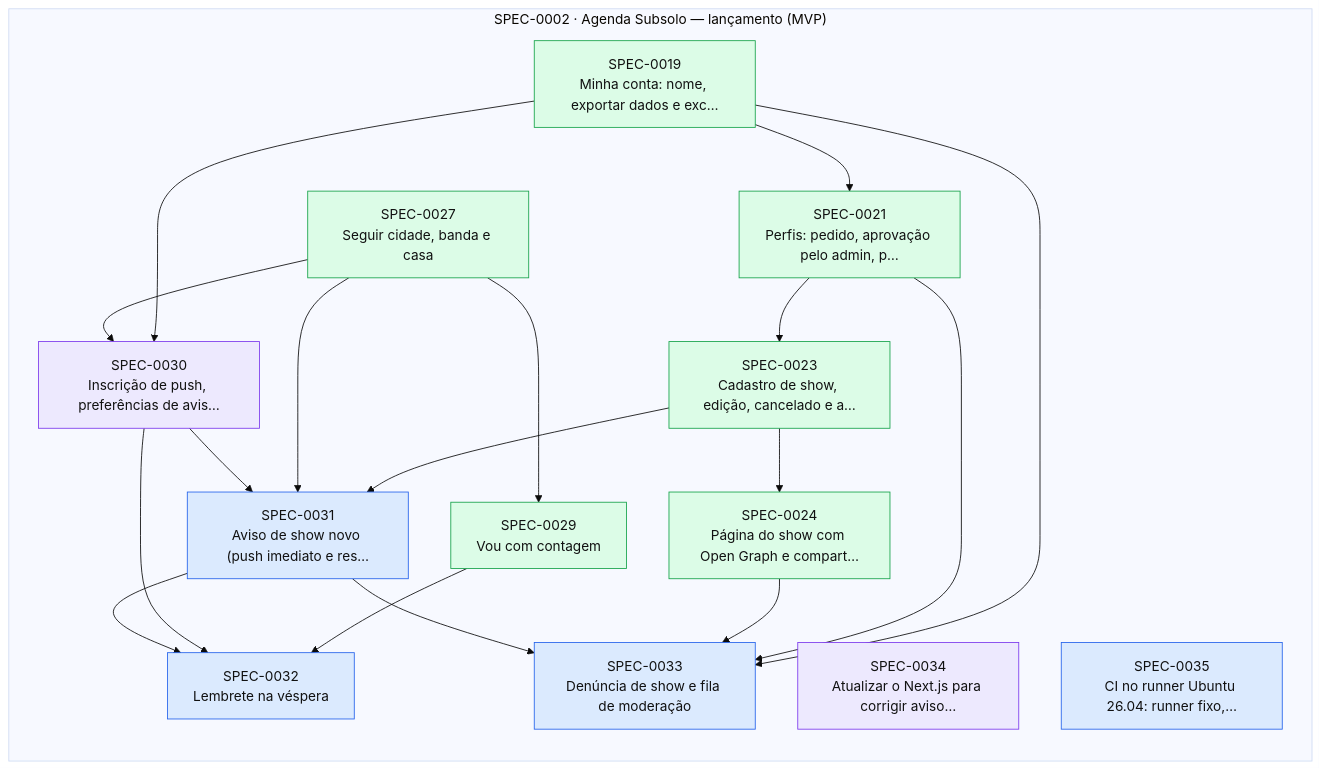
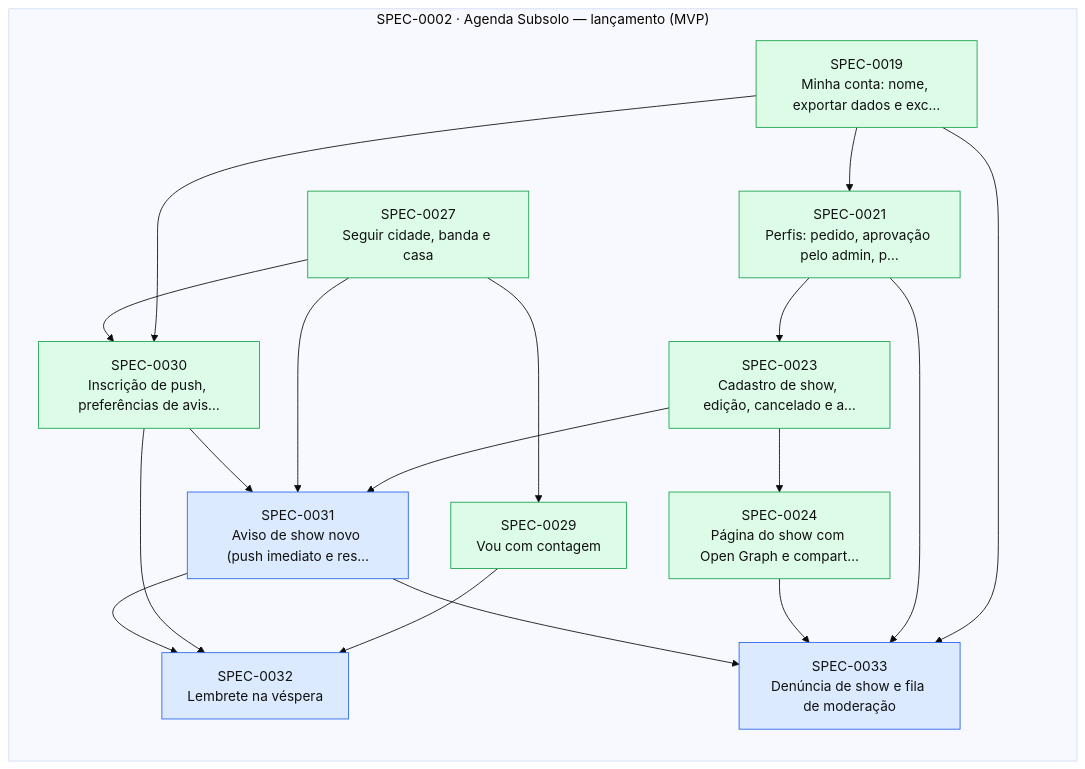
The diagram in docs/specs/INDEX.md (thomasravache/subsolo), drawn with Mermaid (base theme) before and after one commit. The commit also changed other lines of this file and 5 other files, not shown here.

````diff
--- a/docs/specs/INDEX.md
+++ b/docs/specs/INDEX.md
@@ -71,38 +68,36 @@
 ```mermaid
 flowchart LR
   subgraph E0002["SPEC-0002 · Agenda Subsolo — lançamento (MVP)"]
     S0019["SPEC-0019<br/>Minha conta: nome, exportar dados e exc…"]:::implemented
     S0021["SPEC-0021<br/>Perfis: pedido, aprovação pelo admin, p…"]:::implemented
     S0023["SPEC-0023<br/>Cadastro de show, edição, cancelado e a…"]:::implemented
     S0024["SPEC-0024<br/>Página do show com Open Graph e compart…"]:::implemented
     S0027["SPEC-0027<br/>Seguir cidade, banda e casa"]:::implemented
     S0029["SPEC-0029<br/>Vou com contagem"]:::implemented
-    S0030["SPEC-0030<br/>Inscrição de push, preferências de avis…"]:::inprogress
+    S0030["SPEC-0030<br/>Inscrição de push, preferências de avis…"]:::implemented
     S0031["SPEC-0031<br/>Aviso de show novo (push imediato e res…"]:::approved
     S0032["SPEC-0032<br/>Lembrete na véspera"]:::approved
     S0033["SPEC-0033<br/>Denúncia de show e fila de moderação"]:::approved
-    S0034["SPEC-0034<br/>Atualizar o Next.js para corrigir aviso…"]:::inprogress
-    S0035["SPEC-0035<br/>CI no runner Ubuntu 26.04: runner fixo,…"]:::approved
   end
   S0019 --> S0021
   S0021 --> S0023
   S0023 --> S0024
   S0027 --> S0029
   S0019 --> S0030
   S0027 --> S0030
   S0023 --> S0031
   S0027 --> S0031
   S0030 --> S0031
   S0029 --> S0032
   S0030 --> S0032
   S0031 --> S0032
   S0019 --> S0033
   S0021 --> S0033
   S0024 --> S0033
   S0031 --> S0033
   classDef proposed fill:#fef3c7,stroke:#d97706,color:#111
   classDef approved fill:#dbeafe,stroke:#2563eb,color:#111
   classDef inprogress fill:#ede9fe,stroke:#7c3aed,color:#111
   classDef implemented fill:#dcfce7,stroke:#16a34a,color:#111
   classDef deprecated fill:#f3f4f6,stroke:#9ca3af,color:#6b7280
 ```
````
